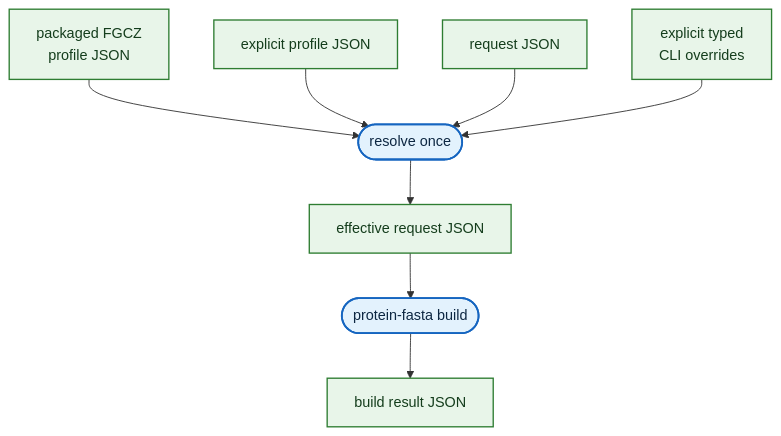
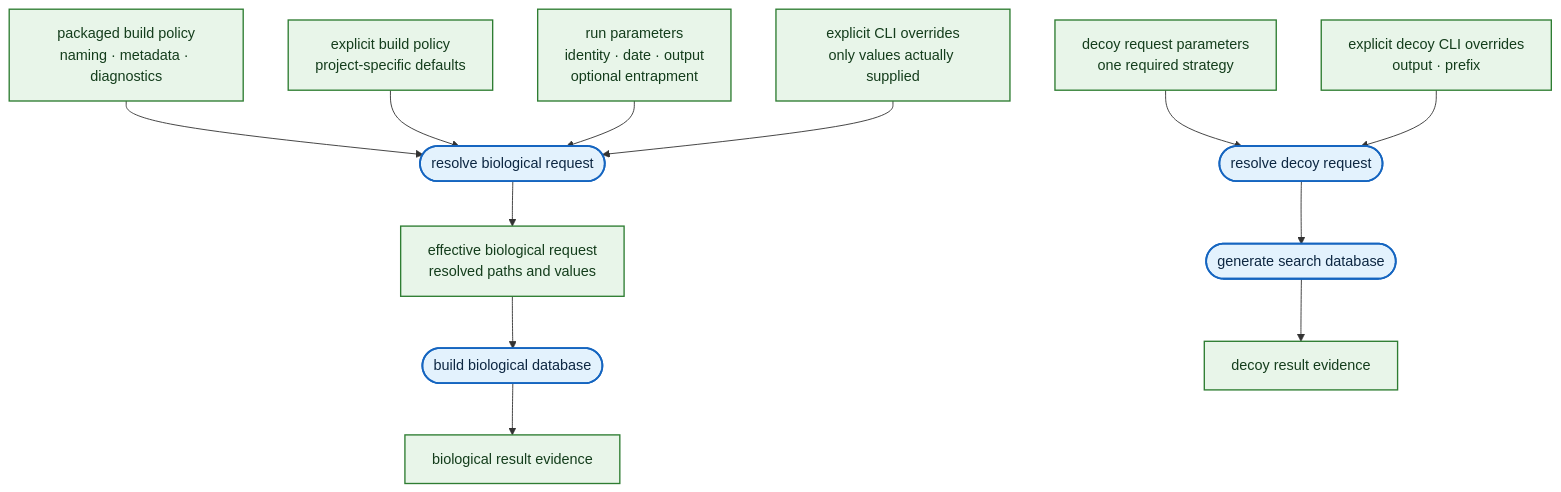
Before and after one commit to anndata-omics-bridge/protein-fasta: the sixth of 8 diagrams in docs/workflows.md, drawn with Mermaid. The commit also changed other lines of this file and 112 other files, not shown here.

````diff
--- a/docs/workflows.md
+++ b/docs/workflows.md
@@ -90,15 +209,19 @@
 ```mermaid
 flowchart TB
-    A["packaged FGCZ<br/>profile JSON"] --> D(["resolve once"])
-    B["explicit profile JSON"] --> D
-    C["request JSON"] --> D
-    E["explicit typed<br/>CLI overrides"] --> D
-    D --> F["effective request JSON"]
-    F --> G(["protein-fasta build"])
-    G --> H["build result JSON"]
+    A["packaged build policy<br/>naming · metadata · diagnostics"] --> D(["resolve biological request"])
+    B["explicit build policy<br/>project-specific defaults"] --> D
+    C["run parameters<br/>identity · date · output<br/>optional entrapment"] --> D
+    E["explicit CLI overrides<br/>only values actually supplied"] --> D
+    D --> F["effective biological request<br/>resolved paths and values"]
+    F --> G(["build biological database"])
+    G --> H["biological result evidence"]
+    I["decoy request parameters<br/>one required strategy"] --> J(["resolve decoy request"])
+    K["explicit decoy CLI overrides<br/>output · prefix"] --> J
+    J --> L(["generate search database"])
+    L --> M["decoy result evidence"]
 
     classDef compute fill:#e3f2fd,stroke:#1565c0,stroke-width:2px,color:#0d2742
     classDef data fill:#e8f5e9,stroke:#2e7d32,stroke-width:1.5px,color:#143d1c
-    class A,B,C,E,F,H data
-    class D,G compute
+    class D,G,J,L compute
+    class A,B,C,E,F,H,I,K,M data
 ```
````
